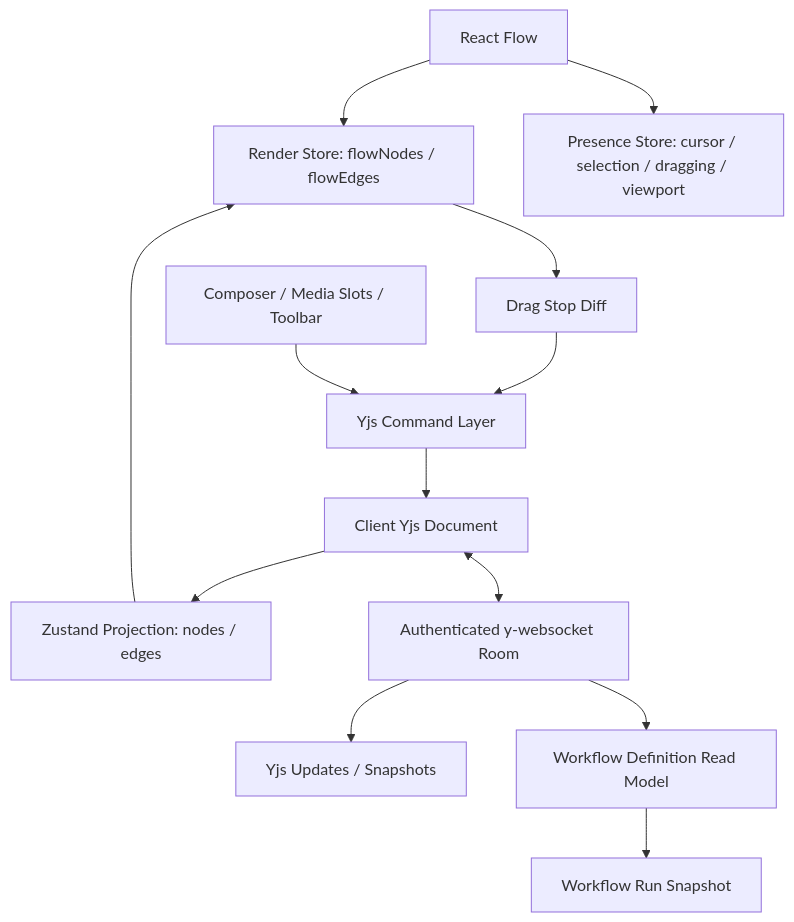
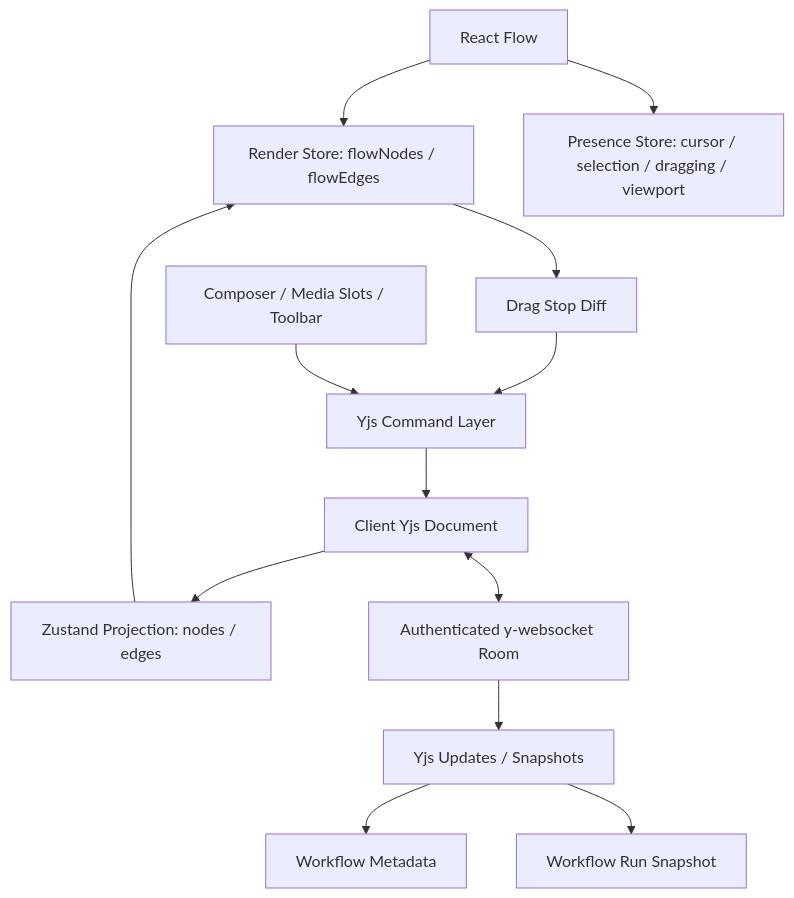
One commit to HUAHUAI23/mina changed the third of 4 diagrams in helloagents/wiki/arch.md. Above: the diagram before and after it, drawn with Mermaid. The commit also changed other lines of this file and 42 other files, not shown here.

````diff
--- a/helloagents/wiki/arch.md
+++ b/helloagents/wiki/arch.md
@@ -56,15 +56,15 @@
 ```mermaid
 flowchart TD
   RF[React Flow] --> RS[Render Store: flowNodes / flowEdges]
   RF --> PS[Presence Store: cursor / selection / dragging / viewport]
   RS --> DC[Drag Stop Diff]
   DC --> CMD[Yjs Command Layer]
   UI[Composer / Media Slots / Toolbar] --> CMD
   CMD --> YJS[Client Yjs Document]
   YJS --> PROJ[Zustand Projection: nodes / edges]
   PROJ --> RS
   YJS <--> YWS[Authenticated y-websocket Room]
   YWS --> YPERSIST[Yjs Updates / Snapshots]
-  YWS --> READ[Workflow Definition Read Model]
-  READ --> RUN[Workflow Run Snapshot]
+  YPERSIST --> META[Workflow Metadata]
+  YPERSIST --> RUN[Workflow Run Snapshot]
 ```
````
